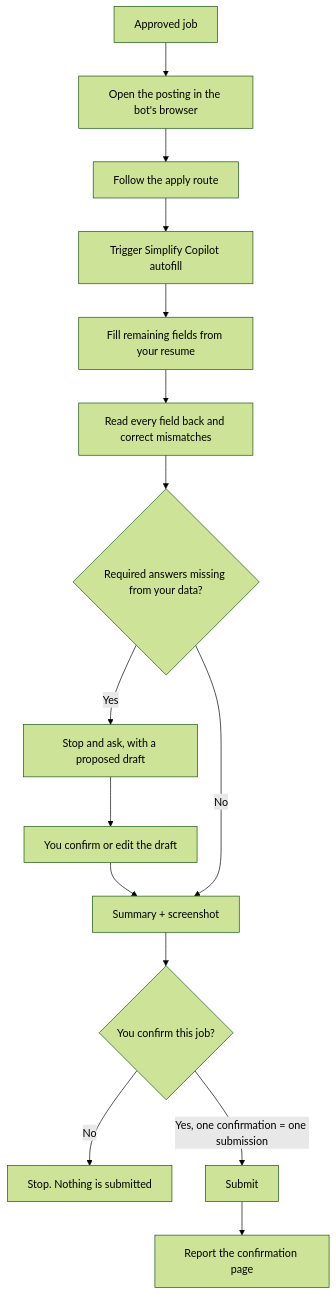
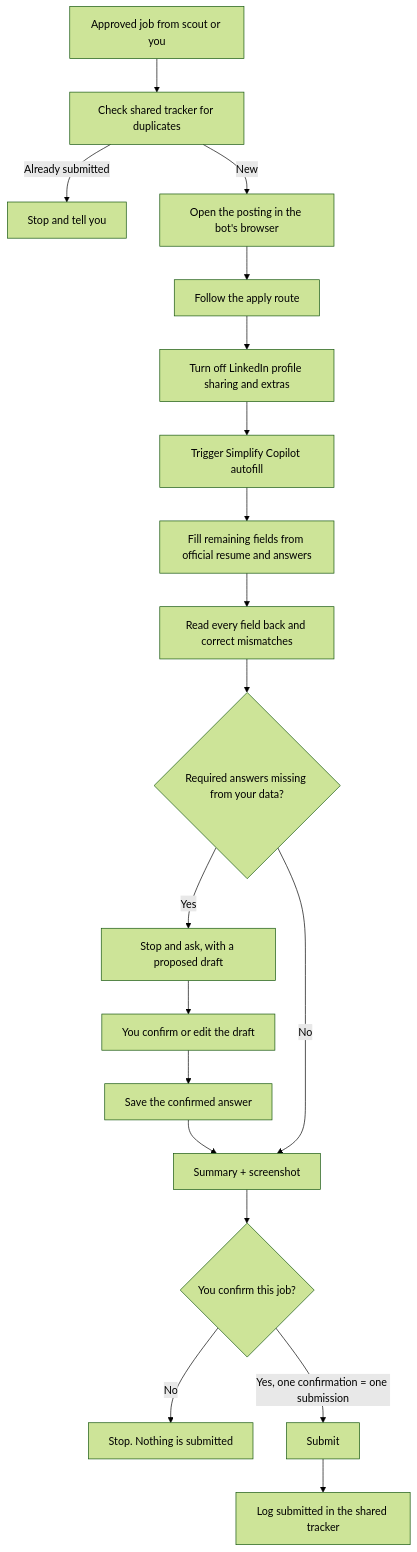
The diagram in README.md (simo255/jobapplicatoooor), drawn with Mermaid (forest theme) before and after one commit. The commit also changed other lines of this file and 6 other files, not shown here.

````diff
--- a/README.md
+++ b/README.md
@@ -9,17 +9,21 @@
 ```mermaid
 flowchart TD
-  A[Approved job] --> B[Open the posting in the bot's browser]
-  B --> C[Follow the apply route]
-  C --> D[Trigger Simplify Copilot autofill]
-  D --> E[Fill remaining fields from your resume]
-  E --> F[Read every field back and correct mismatches]
-  F --> G{Required answers missing from your data?}
-  G -->|Yes| H[Stop and ask, with a proposed draft]
-  H --> I[You confirm or edit the draft]
-  I --> J[Summary + screenshot]
-  G -->|No| J
-  J --> K{You confirm this job?}
-  K -->|No| L[Stop. Nothing is submitted]
-  K -->|Yes, one confirmation = one submission| M[Submit]
-  M --> N[Report the confirmation page]
+  A[Approved job from scout or you] --> B[Check shared tracker for duplicates]
+  B -->|Already submitted| C[Stop and tell you]
+  B -->|New| D[Open the posting in the bot's browser]
+  D --> E[Follow the apply route]
+  E --> F[Turn off LinkedIn profile sharing and extras]
+  F --> G[Trigger Simplify Copilot autofill]
+  G --> H[Fill remaining fields from official resume and answers]
+  H --> I[Read every field back and correct mismatches]
+  I --> J{Required answers missing from your data?}
+  J -->|Yes| K[Stop and ask, with a proposed draft]
+  K --> L[You confirm or edit the draft]
+  L --> M[Save the confirmed answer]
+  M --> N[Summary + screenshot]
+  J -->|No| N
+  N --> O{You confirm this job?}
+  O -->|No| P[Stop. Nothing is submitted]
+  O -->|Yes, one confirmation = one submission| Q[Submit]
+  Q --> R[Log submitted in the shared tracker]
 ```
````
